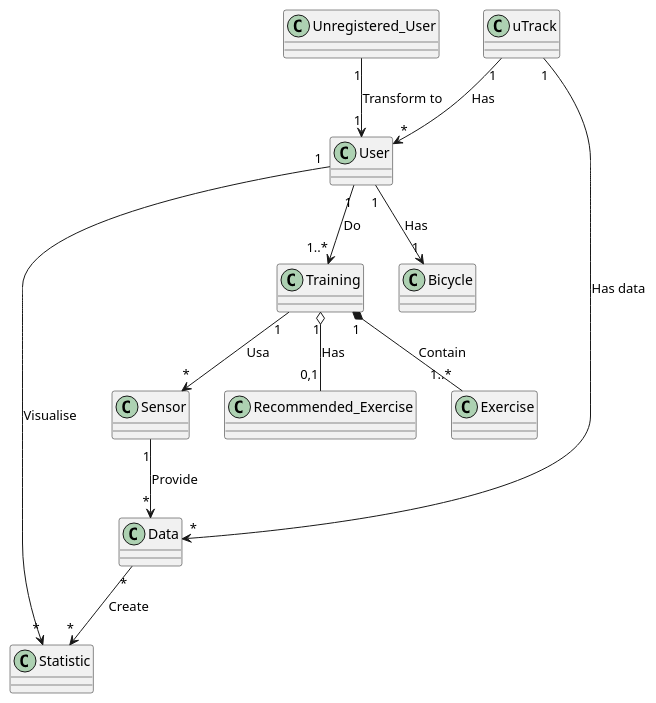
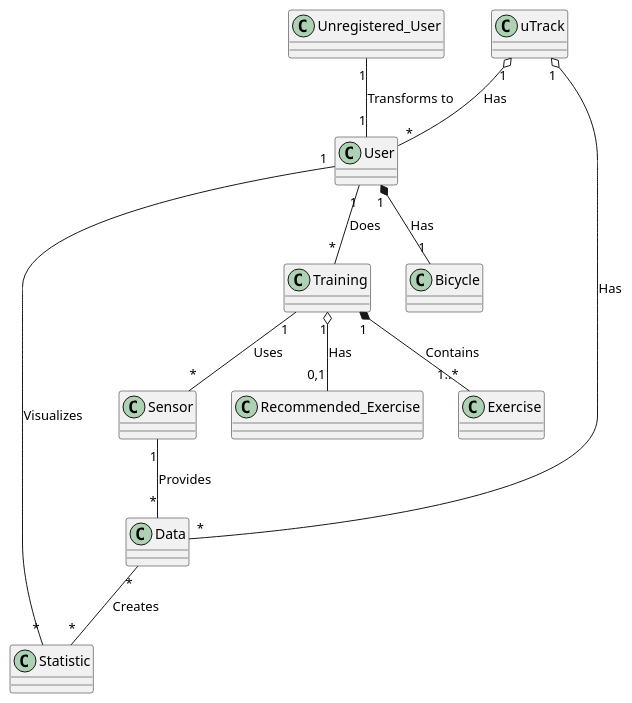
One commit to DanielYesteLopez/uTrack changed the diagram in Domain_uTrack.puml. Above: the diagram before and after it, drawn with PlantUML.

```diff
--- a/Domain_uTrack.puml
+++ b/Domain_uTrack.puml
@@ -1,36 +1,36 @@
 @startuml
 
 class Data {
 }
 class Statistic {
 }
 class Sensor {
 }
 class Training {
 }
 class Recommended_Exercise {
 }
 class Unregistered_User {
 }
 class uTrack {
 }
 class User {
 }
 class Bicycle {
 }
 class Exercise {
 }
 
-uTrack "1" --> "*" Data : "Has data"
-uTrack "1" --> "*" User : "Has"
-Data "*" --> "*" Statistic : "Create"
-User "1" --> "*" Statistic : "Visualise"
-Unregistered_User "1" --> "1" User : "Transform to"
-User "1" --> "1" Bicycle : "Has"
-User "1" --> "1..*" Training : "Do"
-Training "1" *-- "1..*" Exercise : "Contain"
+uTrack "1" o-- "*" Data : "Has"
+uTrack "1" o-- "*" User : "Has"
+Data "*" -- "*" Statistic : "Creates"
+User "1" -- "*" Statistic : "Visualizes"
+Unregistered_User "1" -- "1" User : "Transforms to"
+User "1" *-- "1" Bicycle : "Has"
+User "1" -- "*" Training : "Does"
+Training "1" *-- "1..*" Exercise : "Contains"
 Training "1" o-- "0,1" Recommended_Exercise : "Has"
-Training "1" --> "*" Sensor : "Usa"
-Sensor "1" --> "*" Data : "Provide"
+Training "1" -- "*" Sensor : "Uses"
+Sensor "1" -- "*" Data : "Provides"
 
 @enduml
```
